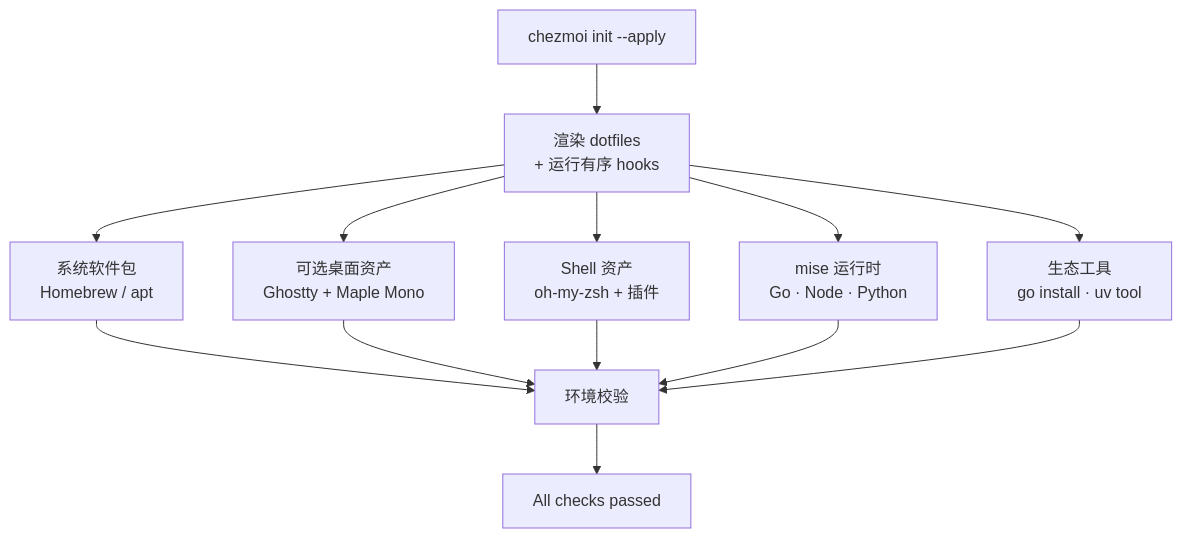
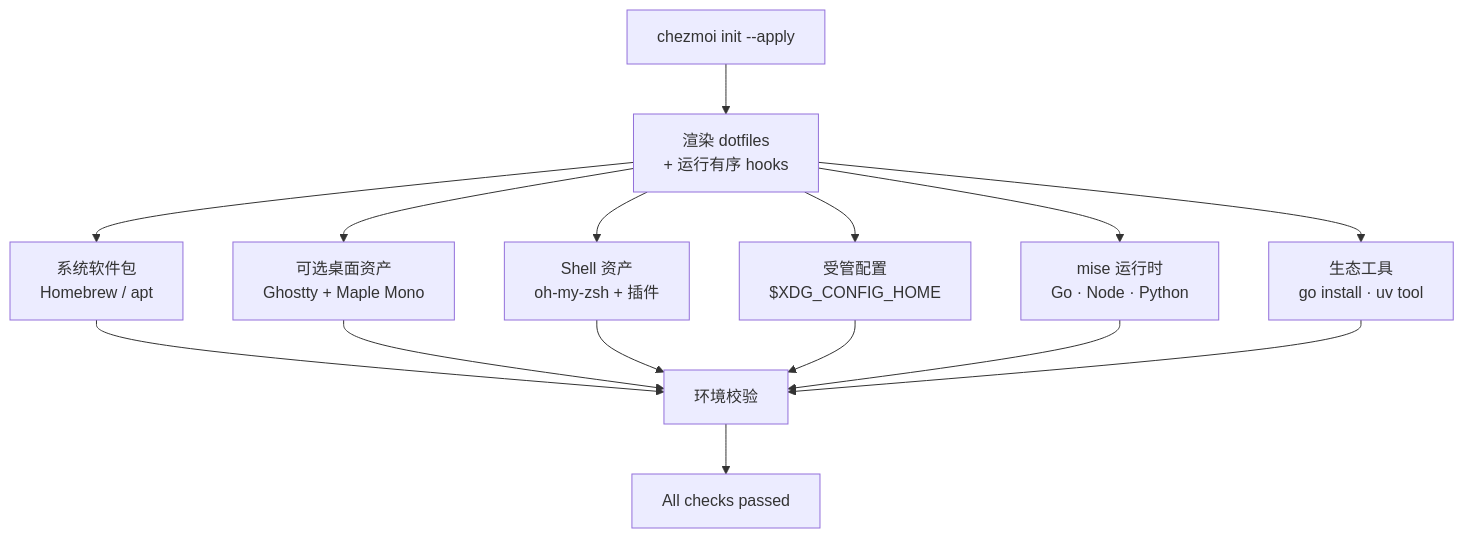
The diagram in README.zh.md (kangmingxuan/oh-my-devenv), drawn with Mermaid before and after one commit. The commit also changed other lines of this file and 37 other files, not shown here.

First line of the commit message:
Honor XDG_CONFIG_HOME across managed configuration (#23)

````diff
--- a/README.zh.md
+++ b/README.zh.md
@@ -30,15 +30,17 @@
 ```mermaid
 flowchart TD
     A["chezmoi init --apply"] --> B["渲染 dotfiles<br/>+ 运行有序 hooks"]
     B --> C["系统软件包<br/>Homebrew / apt"]
     B --> D["可选桌面资产<br/>Ghostty + Maple Mono"]
     B --> E["Shell 资产<br/>oh-my-zsh + 插件"]
+    B --> X["受管配置<br/>$XDG_CONFIG_HOME"]
     B --> F["mise 运行时<br/>Go · Node · Python"]
     B --> G["生态工具<br/>go install · uv tool"]
     C --> H["环境校验"]
     D --> H
     E --> H
+    X --> H
     F --> H
     G --> H
     H --> I["All checks passed"]
 ```
````
